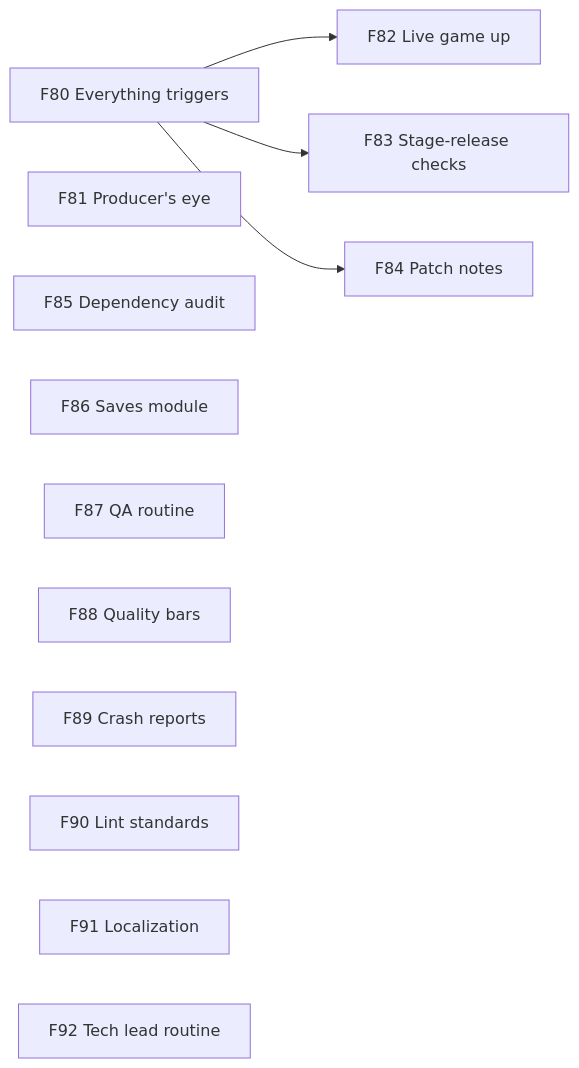
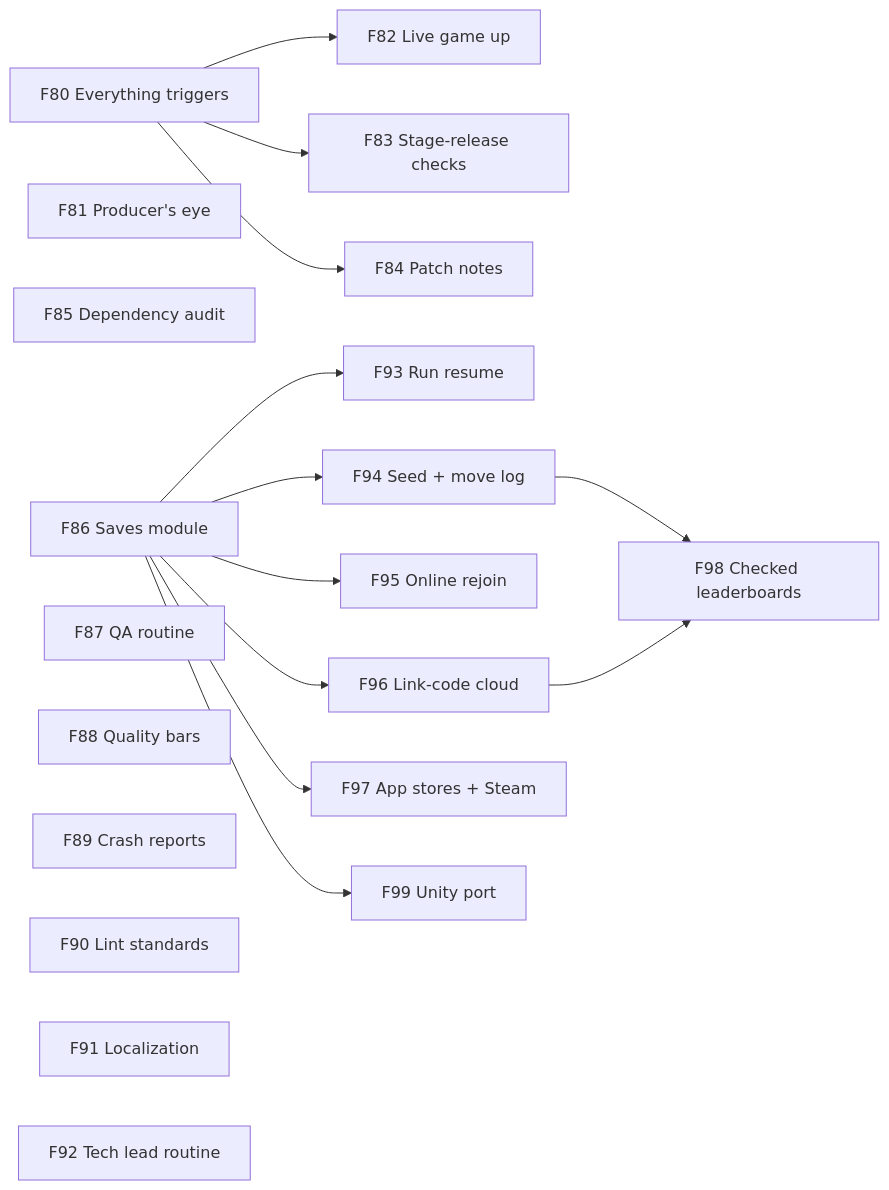
The eighth of 8 diagrams in .planning/ROADMAP.md (TheBlueMuzzy/framework), drawn with Mermaid before and after one commit. The commit also changed other lines of this file and 4 other files, not shown here.

````diff
--- a/.planning/ROADMAP.md
+++ b/.planning/ROADMAP.md
@@ -202,15 +209,23 @@
 ```mermaid
 flowchart LR
   F80[F80 Everything triggers] --> F82[F82 Live game up]
   F80 --> F83[F83 Stage-release checks]
   F80 --> F84[F84 Patch notes]
   F81[F81 Producer's eye]
   F85[F85 Dependency audit]
   F86[F86 Saves module]
   F87[F87 QA routine]
   F88[F88 Quality bars]
   F89[F89 Crash reports]
   F90[F90 Lint standards]
   F91[F91 Localization]
   F92[F92 Tech lead routine]
+  F86 --> F93[F93 Run resume]
+  F86 --> F94[F94 Seed + move log]
+  F86 --> F95[F95 Online rejoin]
+  F86 --> F96[F96 Link-code cloud]
+  F86 --> F97[F97 App stores + Steam]
+  F94 --> F98[F98 Checked leaderboards]
+  F96 --> F98
+  F86 --> F99[F99 Unity port]
 ```
````
